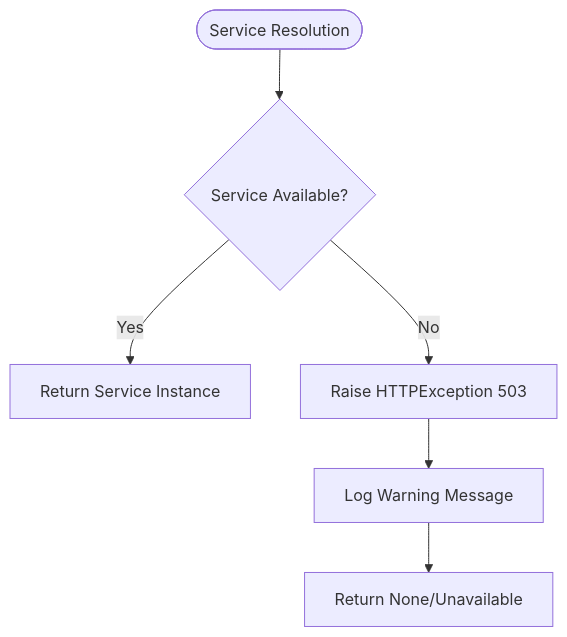
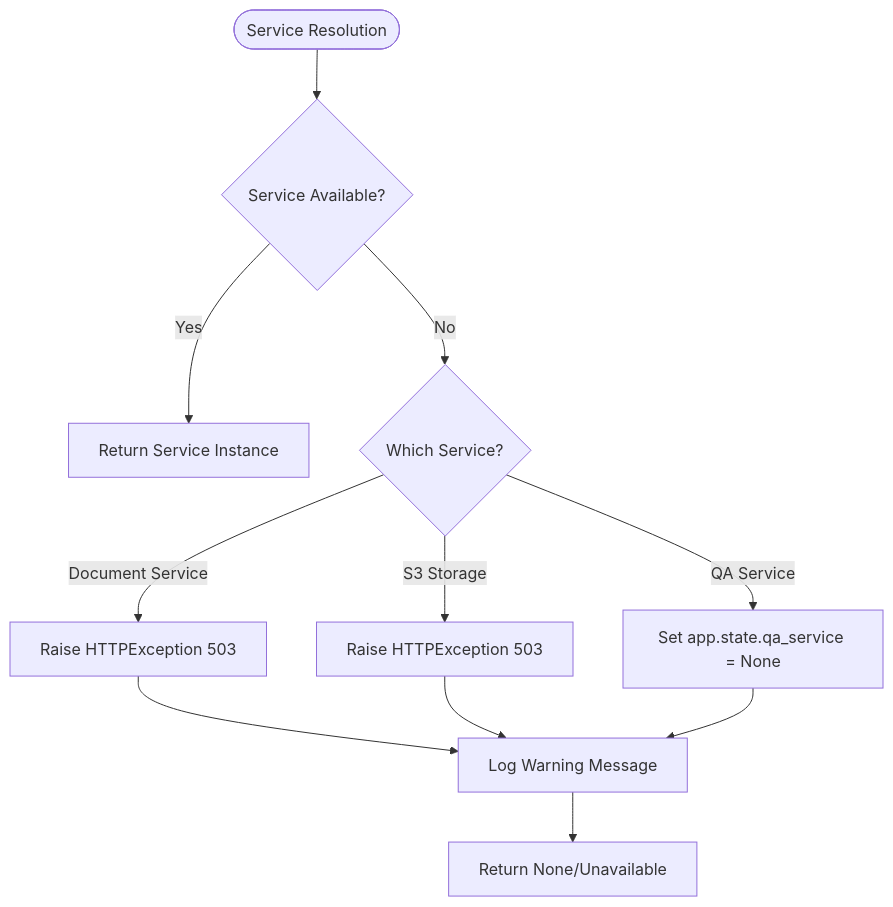
The eighth of 8 diagrams in .qoder/repowiki/en/content/API Reference/Dependency Injection System.md (ognelis/cafetera_hr_bot), drawn with Mermaid before and after one commit. The commit also changed other lines of this file and 29 other files, not shown here.

````diff
--- a/.qoder/repowiki/en/content/API Reference/Dependency Injection System.md
+++ b/.qoder/repowiki/en/content/API Reference/Dependency Injection System.md
@@ -467,8 +518,13 @@
 ```mermaid
 flowchart TD
 Start([Service Resolution]) --> CheckAvailable{"Service Available?"}
 CheckAvailable --> |Yes| ReturnService["Return Service Instance"]
-CheckAvailable --> |No| RaiseError["Raise HTTPException 503"]
-RaiseError --> LogWarning["Log Warning Message"]
+CheckAvailable --> |No| CheckType{"Which Service?"}
+CheckType --> |Document Service| RaiseDocError["Raise HTTPException 503"]
+CheckType --> |QA Service| SetToNone["Set app.state.qa_service = None"]
+CheckType --> |S3 Storage| RaiseS3Error["Raise HTTPException 503"]
+RaiseDocError --> LogWarning["Log Warning Message"]
+RaiseS3Error --> LogWarning
+SetToNone --> LogWarning
 LogWarning --> ReturnNone["Return None/Unavailable"]
 ```
````
